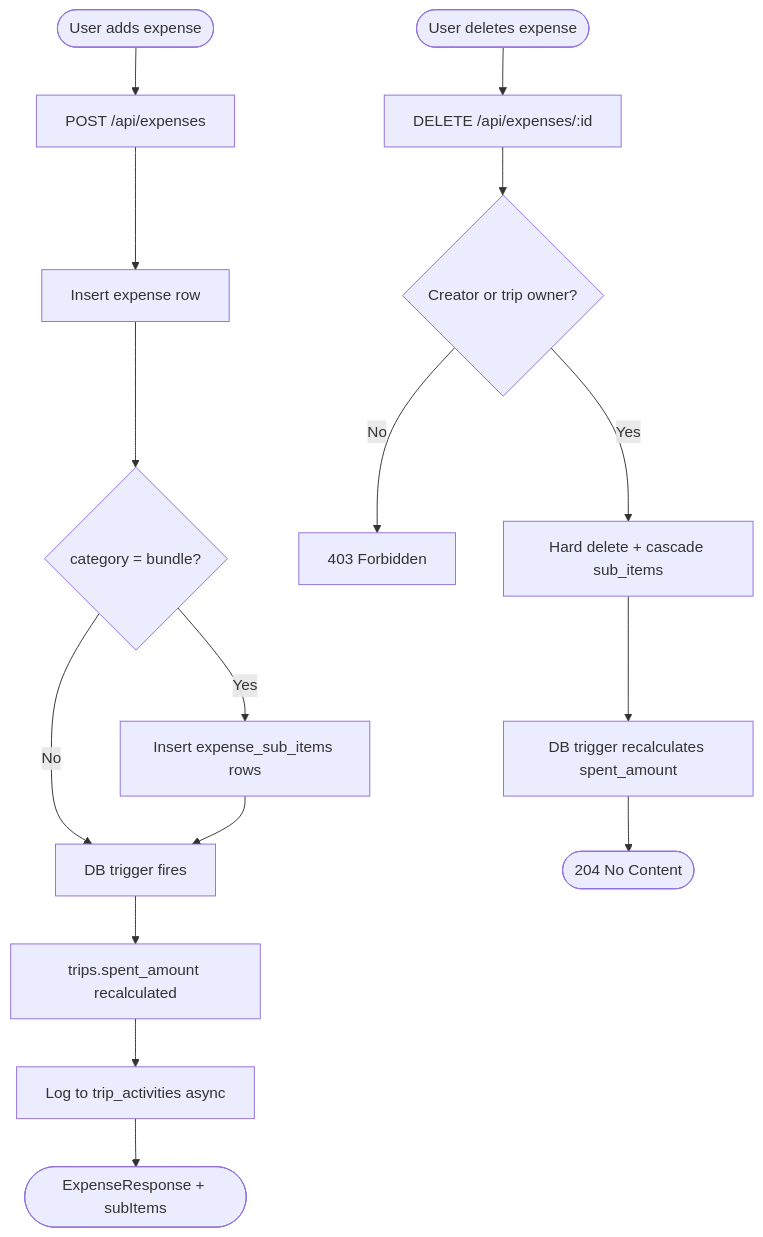
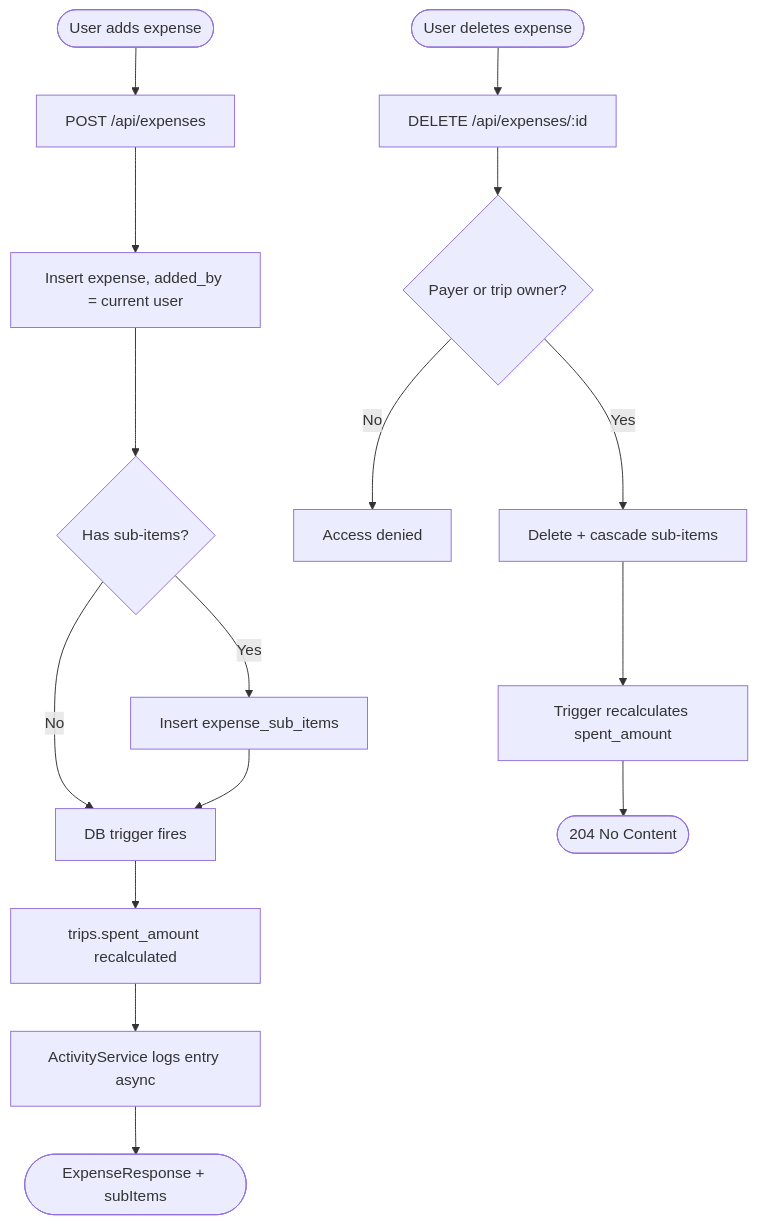
Before and after one commit to snsyaqirah/snsyaqirah.github.io: diagram 14 of 16 in portfolio-react/public/docs/travelluhh.md, drawn with Mermaid. The commit also changed other lines of this file and 101 other files, not shown here.

````diff
--- a/portfolio-react/public/docs/travelluhh.md
+++ b/portfolio-react/public/docs/travelluhh.md
@@ -532,19 +558,19 @@
 ```mermaid
 flowchart TD
     A([User adds expense]) --> B[POST /api/expenses]
-    B --> C[Insert expense row]
-    C --> D{category = bundle?}
-    D -->|Yes| E[Insert expense_sub_items rows]
+    B --> C[Insert expense, added_by = current user]
+    C --> D{Has sub-items?}
+    D -->|Yes| E[Insert expense_sub_items]
     D -->|No| F[DB trigger fires]
     E --> F
     F --> G[trips.spent_amount recalculated]
-    G --> H[Log to trip_activities async]
+    G --> H[ActivityService logs entry async]
     H --> I([ExpenseResponse + subItems])
 
     J([User deletes expense]) --> K[DELETE /api/expenses/:id]
-    K --> L{Creator or trip owner?}
-    L -->|No| M[403 Forbidden]
-    L -->|Yes| N[Hard delete + cascade sub_items]
-    N --> O[DB trigger recalculates spent_amount]
+    K --> L{Payer or trip owner?}
+    L -->|No| M[Access denied]
+    L -->|Yes| N[Delete + cascade sub-items]
+    N --> O[Trigger recalculates spent_amount]
     O --> P([204 No Content])
 ```
````
